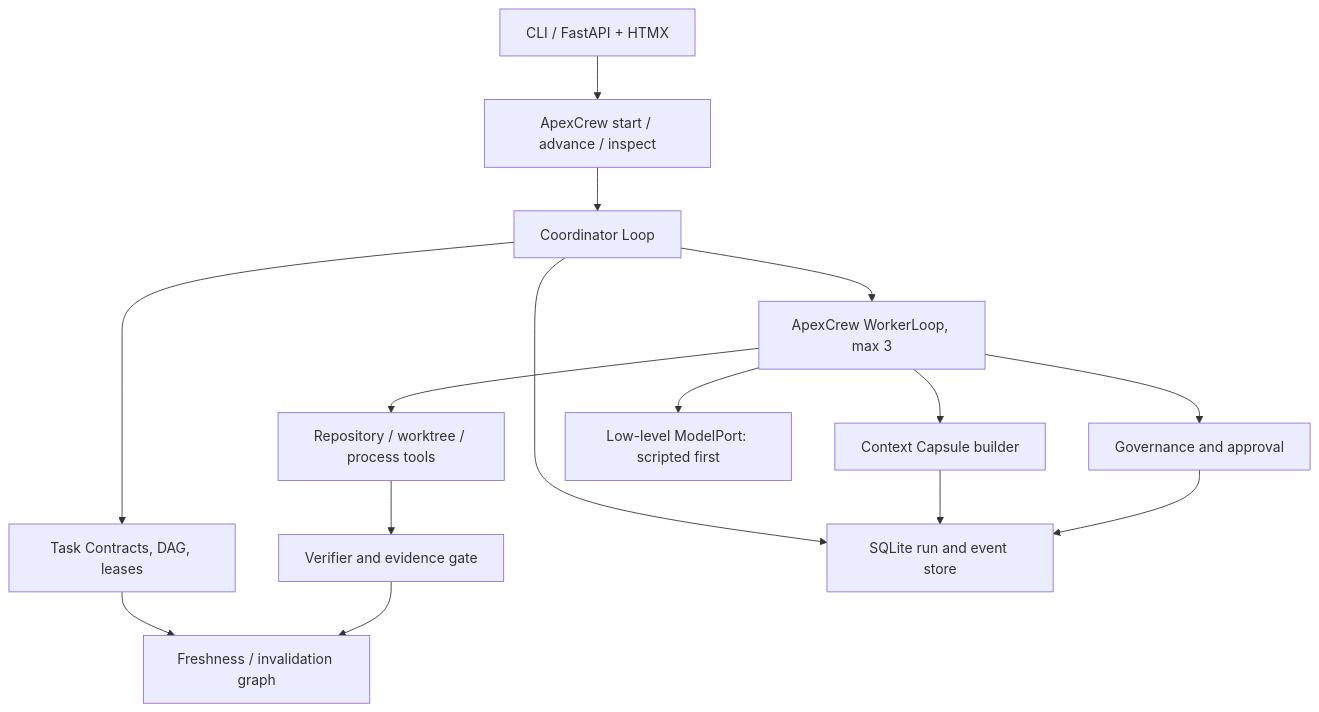
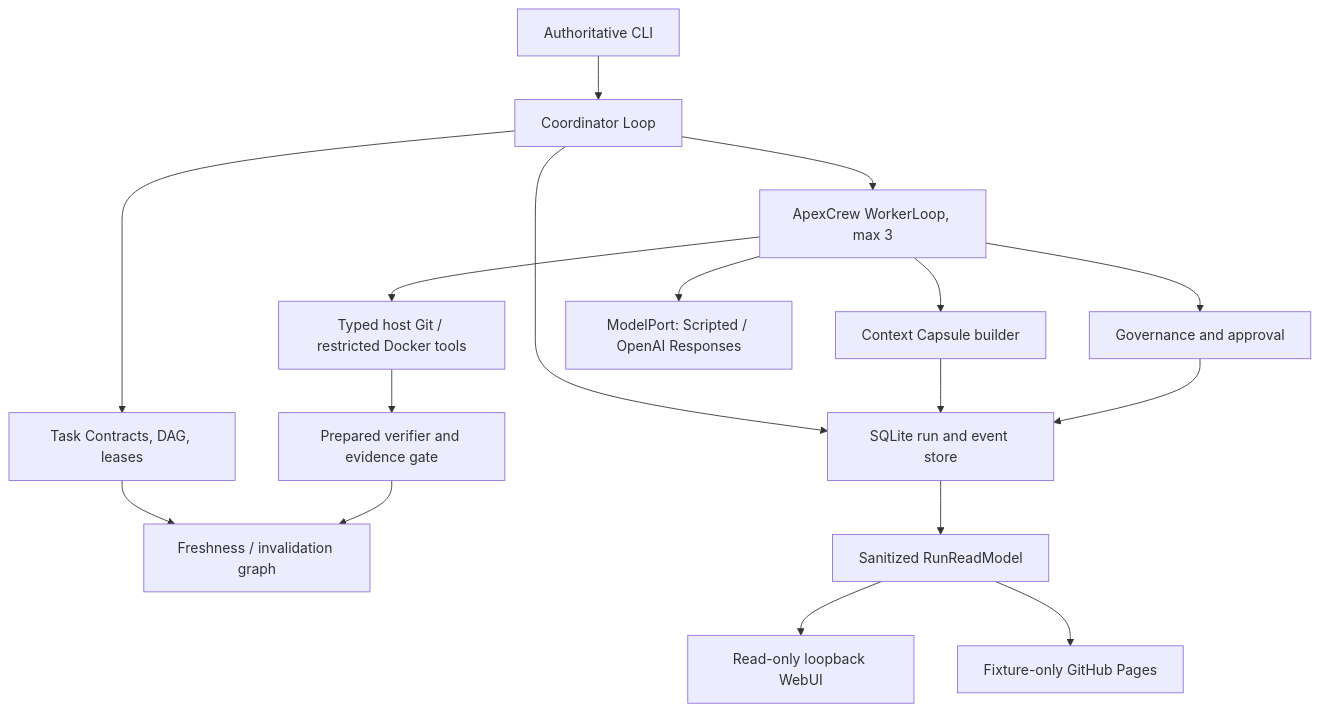
One commit to Ztscream/ApexCrew changed the diagram in INITIALIZATION.md. Above: the diagram before and after it, drawn with Mermaid. The commit also changed other lines of this file and 12 other files, not shown here.

````diff
--- a/INITIALIZATION.md
+++ b/INITIALIZATION.md
@@ -46,17 +46,19 @@
 ```mermaid
 flowchart TB
-    UI["CLI / FastAPI + HTMX"] --> API["ApexCrew start / advance / inspect"]
-    API --> COORD["Coordinator Loop"]
+    CLI["Authoritative CLI"] --> COORD["Coordinator Loop"]
     COORD --> BOARD["Task Contracts, DAG, leases"]
     COORD --> WORKER["ApexCrew WorkerLoop, max 3"]
     WORKER --> CAPSULE["Context Capsule builder"]
     WORKER --> POLICY["Governance and approval"]
-    WORKER --> RUNTIME["Repository / worktree / process tools"]
-    RUNTIME --> GATE["Verifier and evidence gate"]
+    WORKER --> RUNTIME["Typed host Git / restricted Docker tools"]
+    RUNTIME --> GATE["Prepared verifier and evidence gate"]
     BOARD --> INVALIDATE["Freshness / invalidation graph"]
     GATE --> INVALIDATE
     COORD --> STORE["SQLite run and event store"]
     CAPSULE --> STORE
     POLICY --> STORE
-    WORKER --> MODEL["Low-level ModelPort: scripted first"]
+    WORKER --> MODEL["ModelPort: Scripted / OpenAI Responses"]
+    STORE --> READ["Sanitized RunReadModel"]
+    READ --> LOCAL["Read-only loopback WebUI"]
+    READ --> PAGES["Fixture-only GitHub Pages"]
 ```
````
